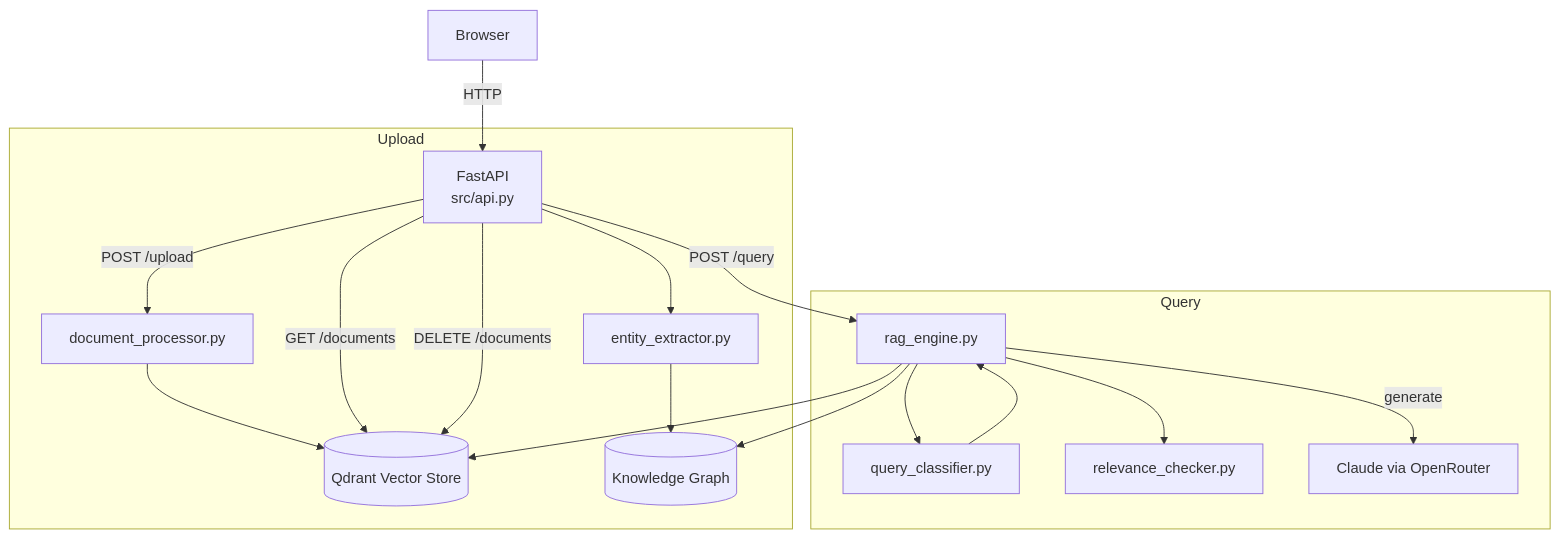
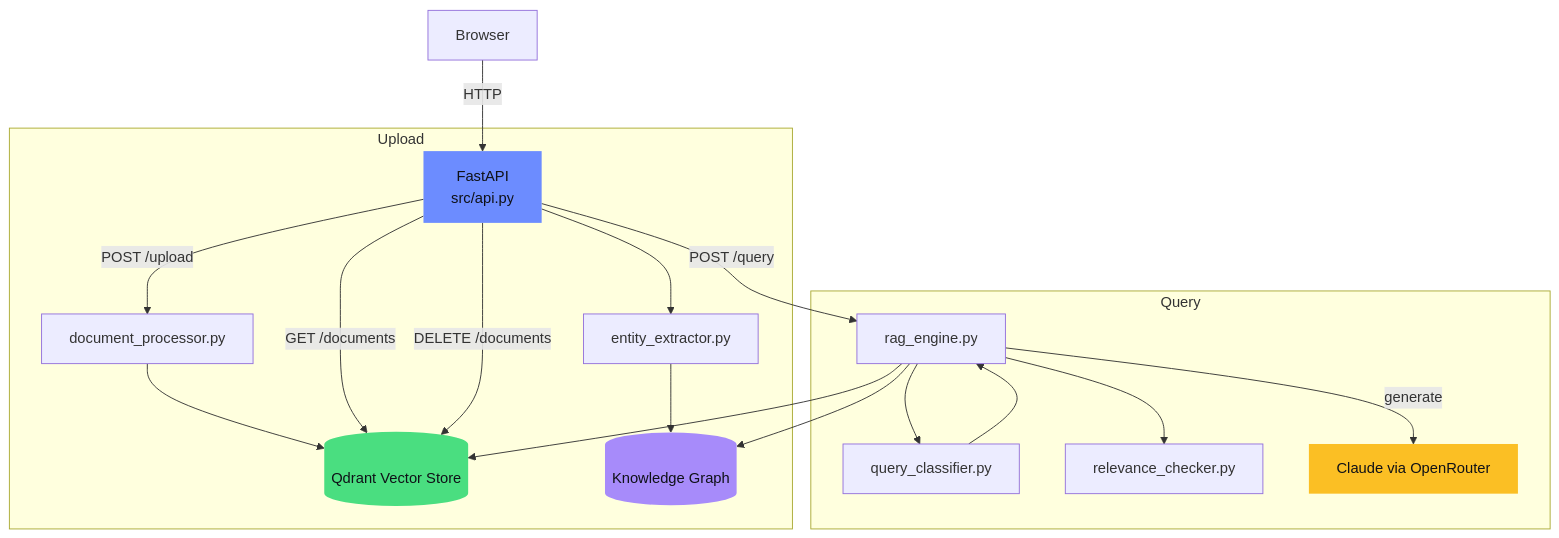
One commit to mj-deving/rag-hybrid-chatbot changed the third of 3 diagrams in README.md. Above: the diagram before and after it, drawn with Mermaid. The commit also changed other lines of this file, not shown here.

Commit message:
docs: README overhaul — badges, TOC, styled Mermaid, routing table, API responses, versioned stack

````diff
--- a/README.md
+++ b/README.md
@@ -102,24 +120,29 @@
 ```mermaid
 flowchart TB
     Browser -->|HTTP| API[FastAPI\nsrc/api.py]
 
     subgraph Upload
         API -->|POST /upload| DP[document_processor.py]
         DP --> VS[(Qdrant Vector Store)]
         API --> EE[entity_extractor.py]
         EE --> KG[(Knowledge Graph)]
     end
 
     subgraph Query
         API -->|POST /query| RE[rag_engine.py]
         RE --> QC[query_classifier.py]
         QC --> RE
         RE --> VS
         RE --> KG
         RE --> RC[relevance_checker.py]
         RE -->|generate| LLM[Claude via OpenRouter]
     end
 
     API -->|GET /documents| VS
     API -->|DELETE /documents| VS
+
+    style API fill:#6c8cff,color:#0f1117,stroke:none
+    style VS fill:#4ade80,color:#0f1117,stroke:none
+    style KG fill:#a78bfa,color:#0f1117,stroke:none
+    style LLM fill:#fbbf24,color:#0f1117,stroke:none
 ```
````
